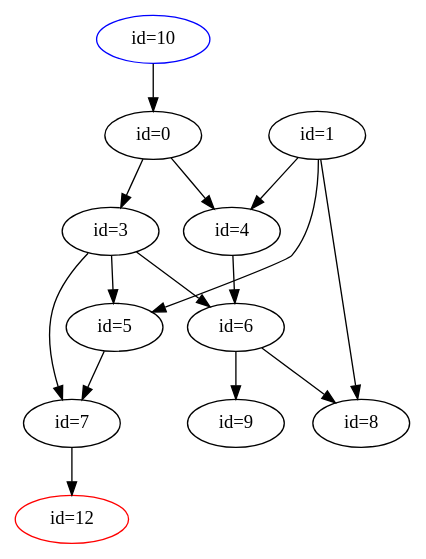
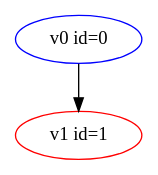
The diagram in digraph.dot (Martin-Masson/projet-graphs-python), drawn with Graphviz before and after one commit. The commit also changed 9 other files, not shown here.

```diff
--- a/digraph.dot
+++ b/digraph.dot
@@ -1,29 +1,7 @@
 digraph G {
-    v10 [color=blue];
-    v10 [label=" id=10"];
-    v10 -> v0;
-    v0 [label=" id=0"];
-    v0 -> v3;
-    v0 -> v4;
-    v1 [label=" id=1"];
-    v1 -> v4;
-    v1 -> v5;
-    v1 -> v8;
-    v3 [label=" id=3"];
-    v3 -> v5;
-    v3 -> v6;
-    v3 -> v7;
-    v4 [label=" id=4"];
-    v4 -> v6;
-    v5 [label=" id=5"];
-    v5 -> v7;
-    v6 [label=" id=6"];
-    v6 -> v8;
-    v6 -> v9;
-    v7 [label=" id=7"];
-    v7 -> v12;
-    v8 [label=" id=8"];
-    v9 [label=" id=9"];
-    v12 [color=red];
-    v12 [label=" id=12"];
+    v0 [color=blue];
+    v0 [label="v0 id=0"];
+    v0 -> v1;
+    v1 [color=red];
+    v1 [label="v1 id=1"];
 }
```
